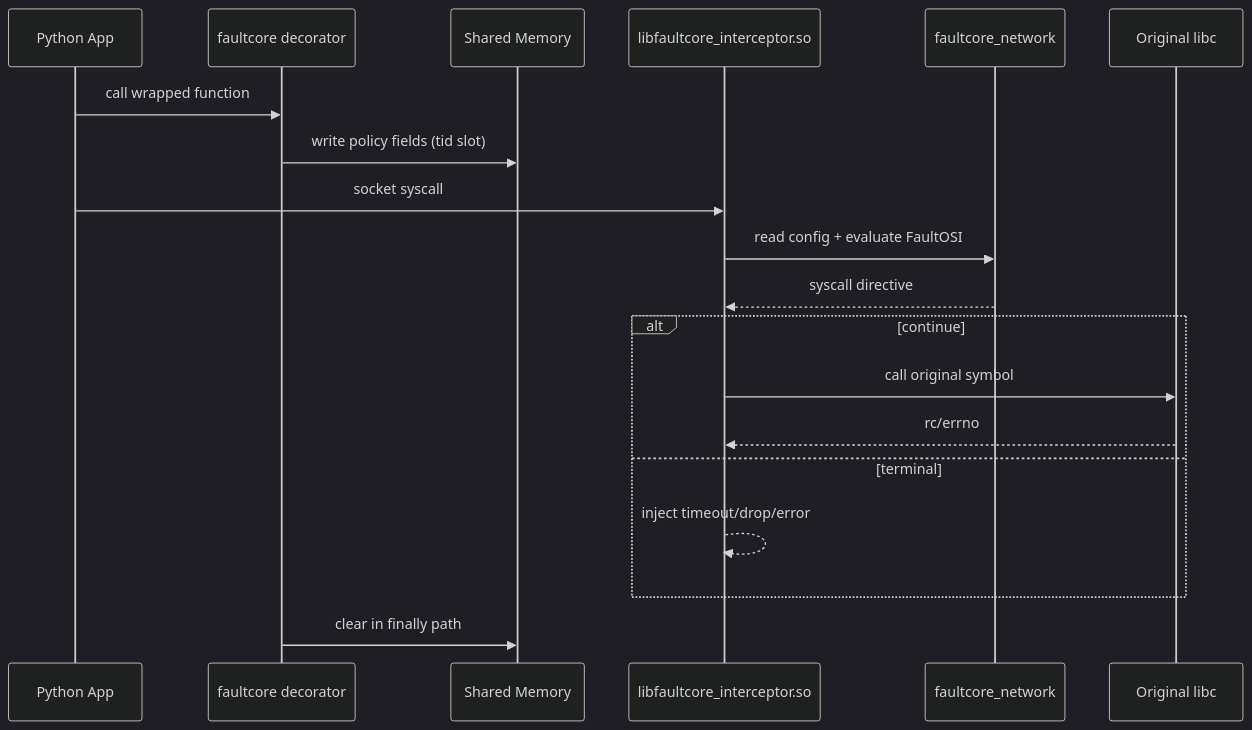
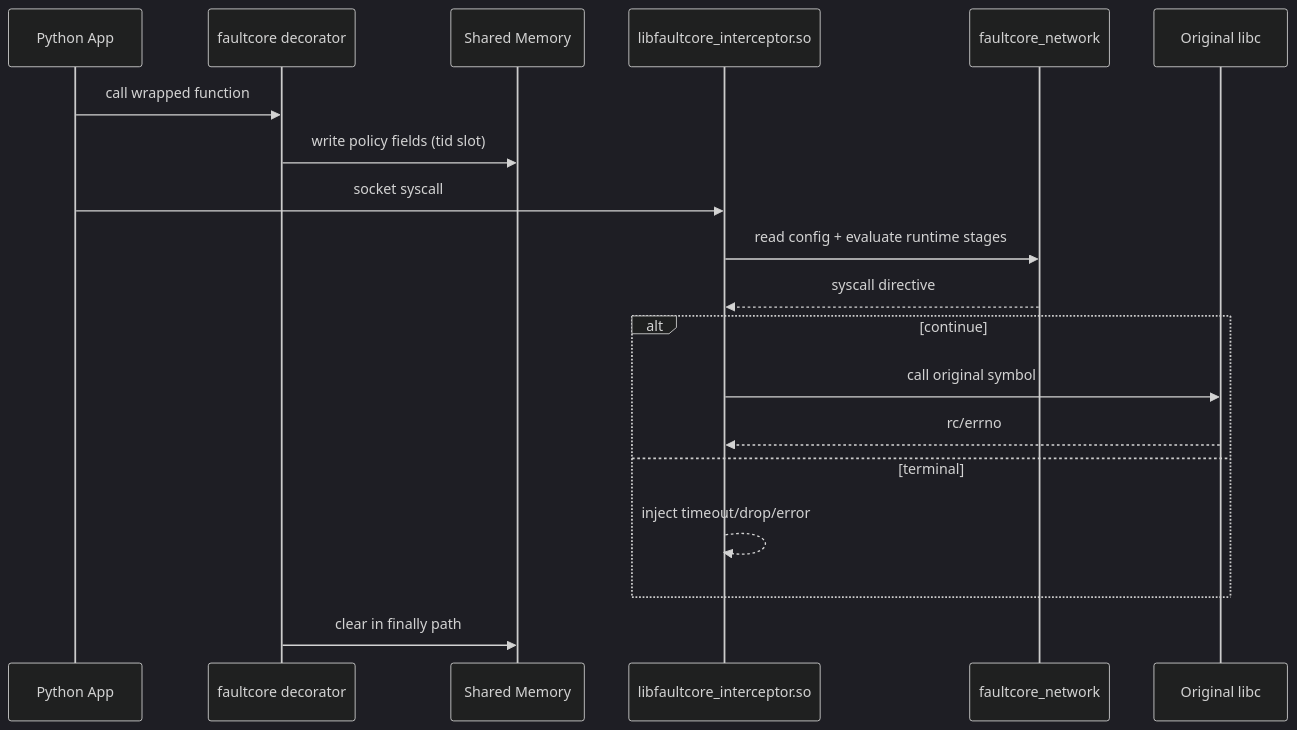
Before and after one commit to albertobadia/faultcore: the first of 2 diagrams in docs/interceptor_and_shm.md, drawn with Mermaid (dark theme). The commit also changed other lines of this file and 64 other files, not shown here.

Commit message:
IMPROVE: Add type hints, return annotations, and use context managers for socket operations across codebase CHANGE: Rename FaultOSI terminology to runtime-stage execution graph (R0..R8) in architecture docs

````diff
--- a/docs/interceptor_and_shm.md
+++ b/docs/interceptor_and_shm.md
@@ -14,22 +14,22 @@
 ```mermaid
 sequenceDiagram
     participant App as Python App
     participant Decorator as faultcore decorator
     participant SHM as Shared Memory
     participant Hook as libfaultcore_interceptor.so
     participant Net as faultcore_network
     participant Libc as Original libc
 
     App->>Decorator: call wrapped function
     Decorator->>SHM: write policy fields (tid slot)
     App->>Hook: socket syscall
-    Hook->>Net: read config + evaluate FaultOSI
+    Hook->>Net: read config + evaluate runtime stages
     Net-->>Hook: syscall directive
     alt continue
         Hook->>Libc: call original symbol
         Libc-->>Hook: rc/errno
     else terminal
         Hook-->>Hook: inject timeout/drop/error
     end
     Decorator->>SHM: clear in finally path
 ```
````
